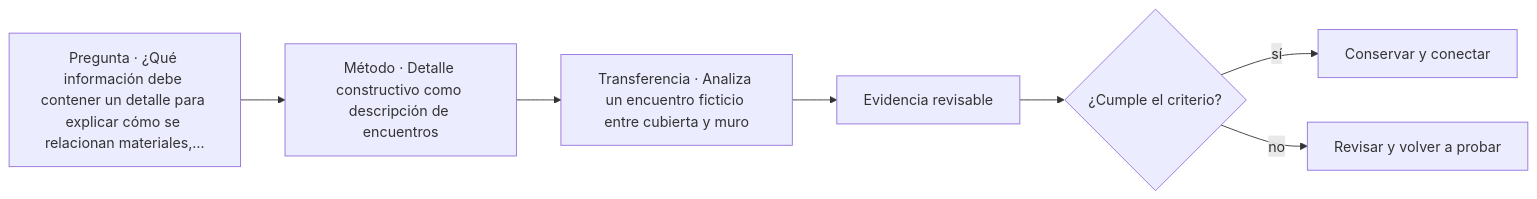
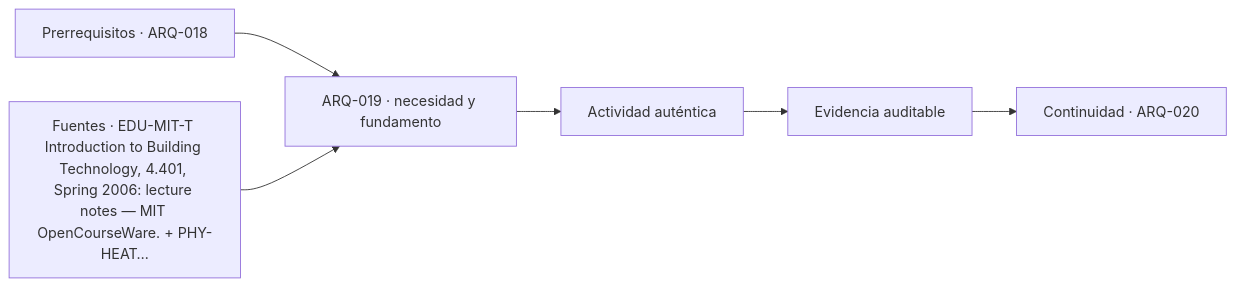
Before and after one commit to vladimiracunadev-create/architecture-built-environment-learning-program: the diagram in classes/parte-02/ARQ-019.md, drawn with Mermaid. The commit also changed other lines of this file and 761 other files, not shown here.

````diff
--- a/classes/parte-02/ARQ-019.md
+++ b/classes/parte-02/ARQ-019.md
@@ -124,9 +136,8 @@
 ```mermaid
 flowchart LR
-    Q["Pregunta · ¿Qué información debe contener un detalle para explicar cómo se relacionan materiales,…"] --> M["Método · Detalle constructivo como descripción de encuentros"]
-    M --> P["Transferencia · Analiza un encuentro ficticio entre cubierta y muro"]
-    P --> E["Evidencia revisable"]
-    E --> C{"¿Cumple el criterio?"}
-    C -->|sí| T["Conservar y conectar"]
-    C -->|no| R["Revisar y volver a probar"]
+    A["Prerrequisitos · ARQ-018"] --> B["ARQ-019 · necesidad y fundamento"]
+    S["Fuentes · EDU-MIT-T Introduction to Building Technology, 4.401, Spring 2006: lecture notes — MIT OpenCourseWare. + PHY-HEAT…"] --> B
+    B --> C["Actividad auténtica"]
+    C --> D["Evidencia auditable"]
+    D --> E["Continuidad · ARQ-020"]
 ```
````
